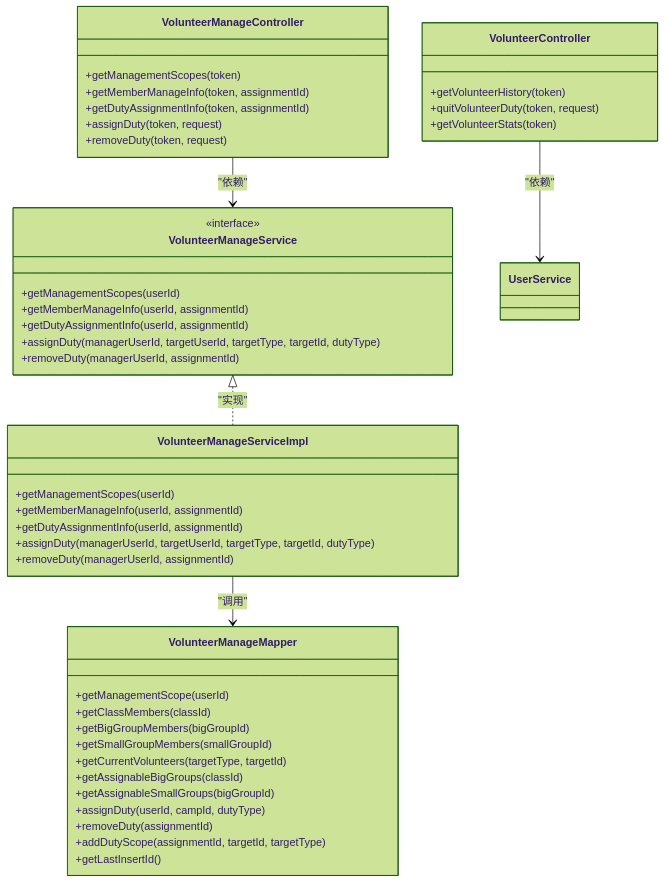
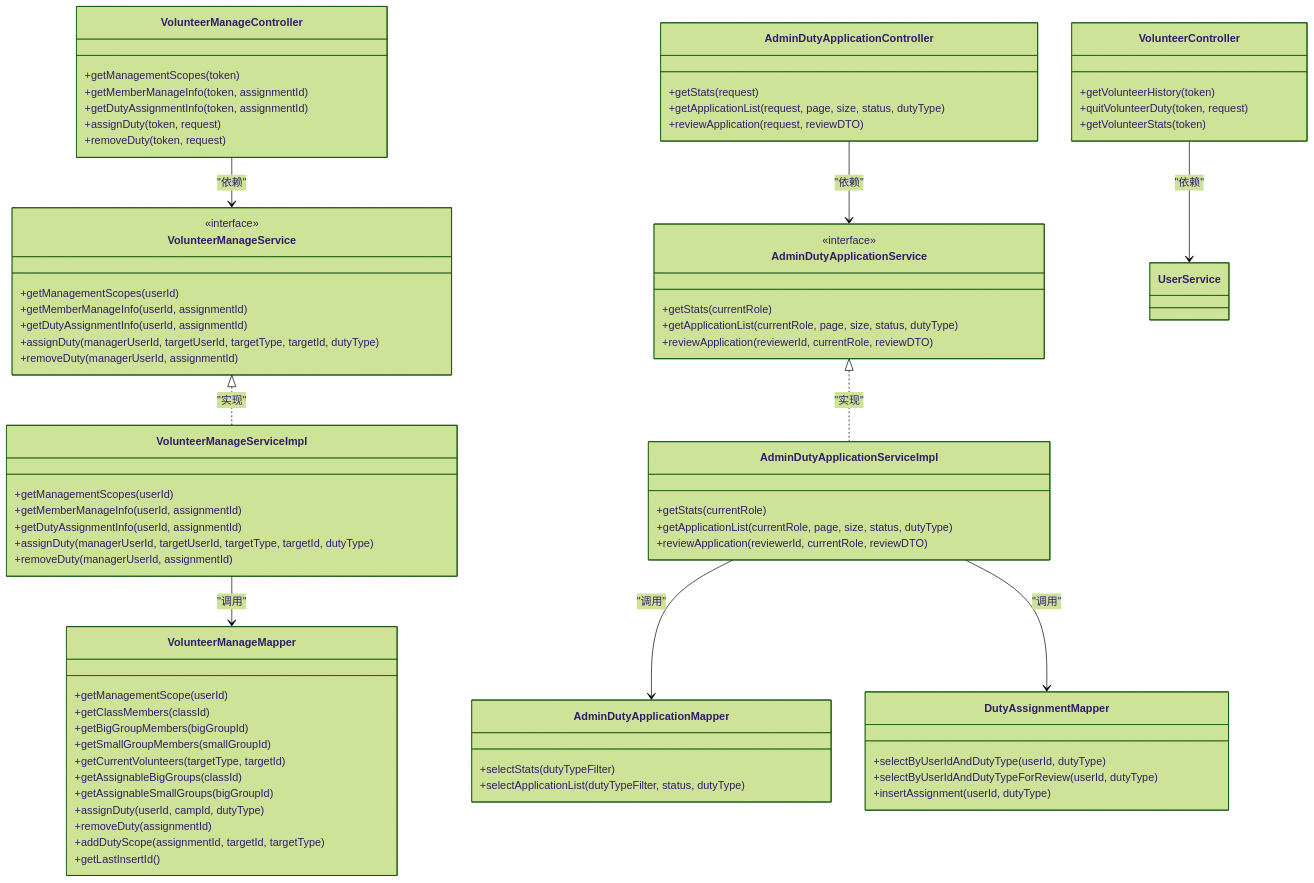
One commit to gaozihaowin/- changed the fifth of 8 diagrams in .qoder/repowiki/zh/content/志愿者管理模块/志愿者管理模块.md. Above: the diagram before and after it, drawn with Mermaid (forest theme). The commit also changed other lines of this file and 9 other files, not shown here.

````diff
--- a/.qoder/repowiki/zh/content/志愿者管理模块/志愿者管理模块.md
+++ b/.qoder/repowiki/zh/content/志愿者管理模块/志愿者管理模块.md
@@ -206,47 +253,76 @@
 ```mermaid
 classDiagram
 class VolunteerController {
 +getVolunteerHistory(token)
 +quitVolunteerDuty(token, request)
 +getVolunteerStats(token)
 }
 class VolunteerManageController {
 +getManagementScopes(token)
 +getMemberManageInfo(token, assignmentId)
 +getDutyAssignmentInfo(token, assignmentId)
 +assignDuty(token, request)
 +removeDuty(token, request)
+}
+class AdminDutyApplicationController {
++getStats(request)
++getApplicationList(request, page, size, status, dutyType)
++reviewApplication(request, reviewDTO)
 }
 class VolunteerManageService {
 <<interface>>
 +getManagementScopes(userId)
 +getMemberManageInfo(userId, assignmentId)
 +getDutyAssignmentInfo(userId, assignmentId)
 +assignDuty(managerUserId, targetUserId, targetType, targetId, dutyType)
 +removeDuty(managerUserId, assignmentId)
 }
 class VolunteerManageServiceImpl {
 +getManagementScopes(userId)
 +getMemberManageInfo(userId, assignmentId)
 +getDutyAssignmentInfo(userId, assignmentId)
 +assignDuty(managerUserId, targetUserId, targetType, targetId, dutyType)
 +removeDuty(managerUserId, assignmentId)
 }
+class AdminDutyApplicationService {
+<<interface>>
++getStats(currentRole)
++getApplicationList(currentRole, page, size, status, dutyType)
++reviewApplication(reviewerId, currentRole, reviewDTO)
+}
+class AdminDutyApplicationServiceImpl {
++getStats(currentRole)
++getApplicationList(currentRole, page, size, status, dutyType)
++reviewApplication(reviewerId, currentRole, reviewDTO)
+}
 class VolunteerManageMapper {
 +getManagementScope(userId)
 +getClassMembers(classId)
 +getBigGroupMembers(bigGroupId)
 +getSmallGroupMembers(smallGroupId)
 +getCurrentVolunteers(targetType, targetId)
 +getAssignableBigGroups(classId)
 +getAssignableSmallGroups(bigGroupId)
 +assignDuty(userId, campId, dutyType)
 +removeDuty(assignmentId)
 +addDutyScope(assignmentId, targetId, targetType)
 +getLastInsertId()
 }
+class AdminDutyApplicationMapper {
++selectStats(dutyTypeFilter)
++selectApplicationList(dutyTypeFilter, status, dutyType)
+}
+class DutyAssignmentMapper {
++selectByUserIdAndDutyType(userId, dutyType)
++selectByUserIdAndDutyTypeForReview(userId, dutyType)
++insertAssignment(userId, dutyType)
+}
 VolunteerController --> UserService : "依赖"
 VolunteerManageController --> VolunteerManageService : "依赖"
+AdminDutyApplicationController --> AdminDutyApplicationService : "依赖"
 VolunteerManageService <|.. VolunteerManageServiceImpl : "实现"
+AdminDutyApplicationService <|.. AdminDutyApplicationServiceImpl : "实现"
 VolunteerManageServiceImpl --> VolunteerManageMapper : "调用"
+AdminDutyApplicationServiceImpl --> AdminDutyApplicationMapper : "调用"
+AdminDutyApplicationServiceImpl --> DutyAssignmentMapper : "调用"
 ```
````
